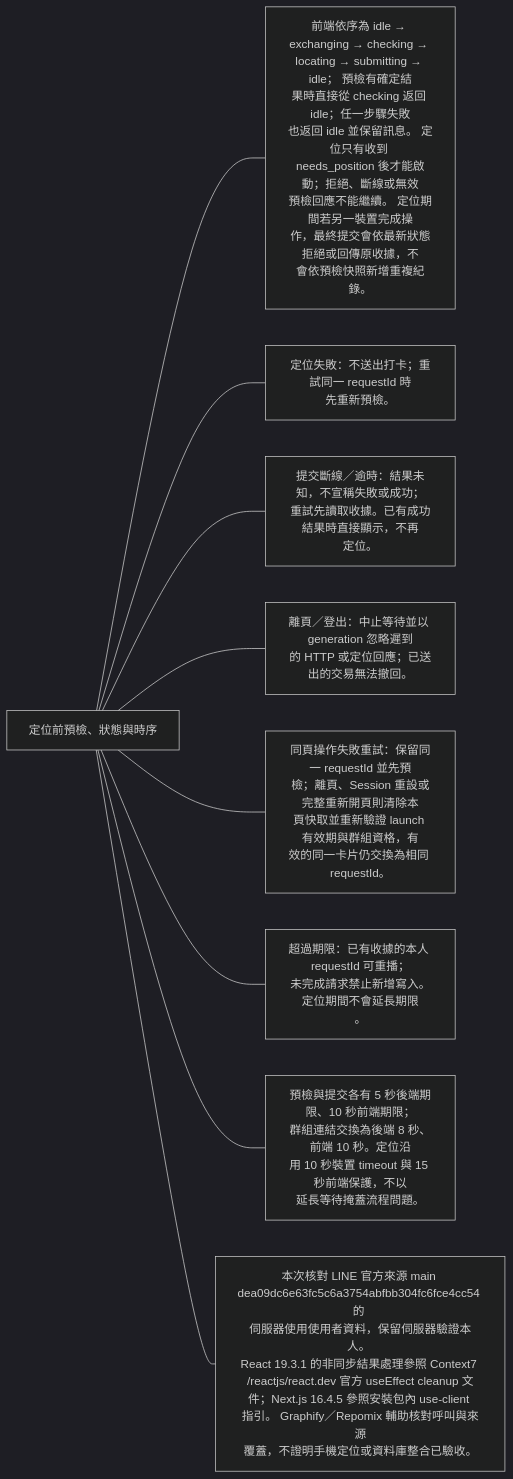
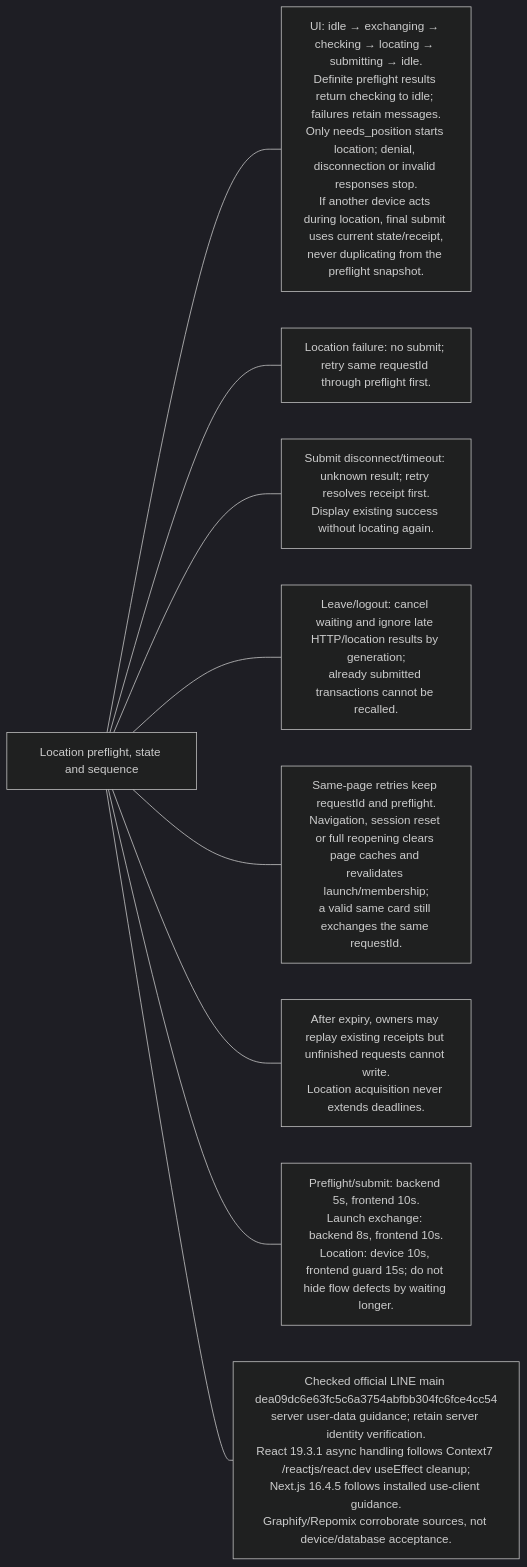
Diagram 13 of 15 in docs/domains/attendance/README.md (963sup/line-mini-app-bot), drawn with Mermaid (dark theme) before and after one commit. The commit also changed other lines of this file and 341 other files, not shown here.

````diff
--- a/docs/domains/attendance/README.md
+++ b/docs/domains/attendance/README.md
@@ -222,13 +236,13 @@
 ```mermaid
 flowchart LR
-  h["定位前預檢、狀態與時序"]
-  h --- n0["前端依序為 idle → exchanging → checking → <br/>locating → submitting → idle； 預檢有確定結<br/>果時直接從 checking 返回 idle；任一步驟失敗<br/>也返回 idle 並保留訊息。 定位只有收到 <br/>needs_position 後才能啟動；拒絕、斷線或無效<br/>預檢回應不能繼續。 定位期間若另一裝置完成操<br/>作，最終提交會依最新狀態拒絕或回傳原收據，不<br/>會依預檢快照新增重複紀錄。"]
-  h --- n1["定位失敗：不送出打卡；重試同一 requestId 時<br/>先重新預檢。"]
-  h --- n2["提交斷線／逾時：結果未知，不宣稱失敗或成功；<br/>重試先讀取收據。已有成功結果時直接顯示，不再<br/>定位。"]
-  h --- n3["離頁／登出：中止等待並以 generation 忽略遲到<br/>的 HTTP 或定位回應；已送出的交易無法撤回。"]
-  h --- n4["同頁操作失敗重試：保留同一 requestId 並先預<br/>檢；離頁、Session 重設或完整重新開頁則清除本<br/>頁快取並重新驗證 launch 有效期與群組資格，有<br/>效的同一卡片仍交換為相同 requestId。"]
-  h --- n5["超過期限：已有收據的本人 requestId 可重播；<br/>未完成請求禁止新增寫入。定位期間不會延長期限<br/>。"]
-  h --- n6["預檢與提交各有 5 秒後端期限、10 秒前端期限；<br/>群組連結交換為後端 8 秒、前端 10 秒。定位沿<br/>用 10 秒裝置 timeout 與 15 秒前端保護，不以<br/>延長等待掩蓋流程問題。"]
-  h --- n7["本次核對 LINE 官方來源 main <br/>dea09dc6e63fc5c6a3754abfbb304fc6fce4cc54 的 <br/>伺服器使用使用者資料，保留伺服器驗證本人。 <br/>React 19.3.1 的非同步結果處理參照 Context7 <br/>/reactjs/react.dev 官方 useEffect cleanup 文<br/>件；Next.js 16.4.5 參照安裝包內 use-client <br/>指引。 Graphify／Repomix 輔助核對呼叫與來源<br/>覆蓋，不證明手機定位或資料庫整合已驗收。"]
+  h["Location preflight, state and sequence"]
+  h --- n0["UI: idle → exchanging → checking → locating → submitting → idle.<br/>Definite preflight results return checking to idle; failures retain messages.<br/>Only needs_position starts location; denial, disconnection or invalid responses stop.<br/>If another device acts during location, final submit uses current state/receipt,<br/>never duplicating from the preflight snapshot."]
+  h --- n1["Location failure: no submit; retry same requestId through preflight first."]
+  h --- n2["Submit disconnect/timeout: unknown result; retry resolves receipt first.<br/>Display existing success without locating again."]
+  h --- n3["Leave/logout: cancel waiting and ignore late HTTP/location results by generation;<br/>already submitted transactions cannot be recalled."]
+  h --- n4["Same-page retries keep requestId and preflight.<br/>Navigation, session reset or full reopening clears page caches and revalidates launch/membership;<br/>a valid same card still exchanges the same requestId."]
+  h --- n5["After expiry, owners may replay existing receipts but unfinished requests cannot write.<br/>Location acquisition never extends deadlines."]
+  h --- n6["Preflight/submit: backend 5s, frontend 10s.<br/>Launch exchange: backend 8s, frontend 10s.<br/>Location: device 10s, frontend guard 15s; do not hide flow defects by waiting longer."]
+  h --- n7["Checked official LINE main dea09dc6e63fc5c6a3754abfbb304fc6fce4cc54<br/>server user-data guidance; retain server identity verification.<br/>React 19.3.1 async handling follows Context7 /reactjs/react.dev useEffect cleanup;<br/>Next.js 16.4.5 follows installed use-client guidance.<br/>Graphify/Repomix corroborate sources, not device/database acceptance."]
   click n7 "https://developers.line.biz/en/docs/liff/using-user-profile/"
 ```
````
